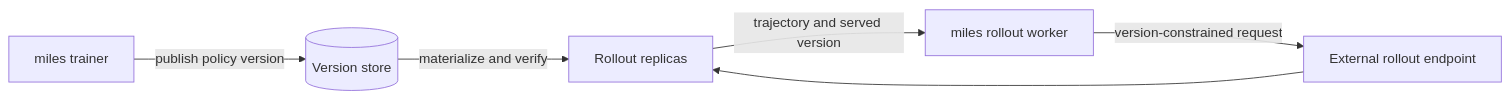
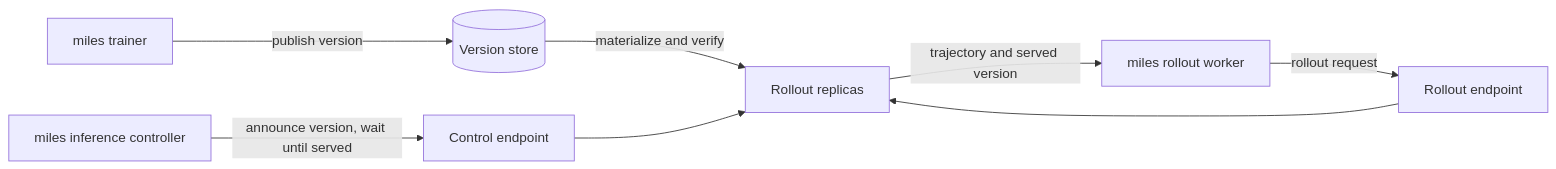
One commit to modal-projects/miles changed the diagram in docs/advanced/disaggregated-rollout.md. Above: the diagram before and after it, drawn with Mermaid. The commit also changed other lines of this file and 26 other files, not shown here.

````diff
--- a/docs/advanced/disaggregated-rollout.md
+++ b/docs/advanced/disaggregated-rollout.md
@@ -189,8 +204,10 @@
 ```mermaid
 flowchart LR
-    T[miles trainer] -->|publish policy version| S[(Version store)]
-    W[miles rollout worker] -->|version-constrained request| G[External rollout endpoint]
+    T[miles trainer] -->|publish version| S[(Version store)]
+    I[miles inference controller] -->|announce version, wait until served| C[Control endpoint]
+    W[miles rollout worker] -->|rollout request| G[Rollout endpoint]
     S -->|materialize and verify| E[Rollout replicas]
+    C --> E
     G --> E
     E -->|trajectory and served version| W
 ```
````
